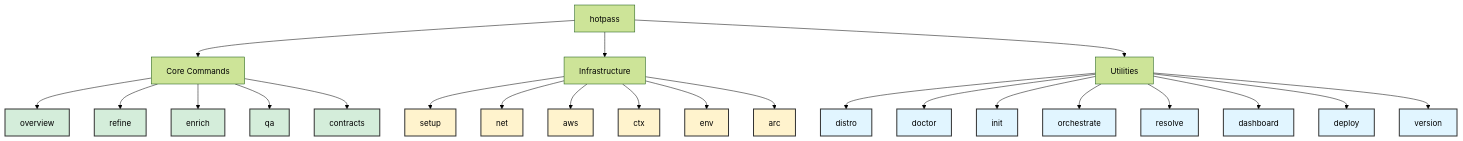
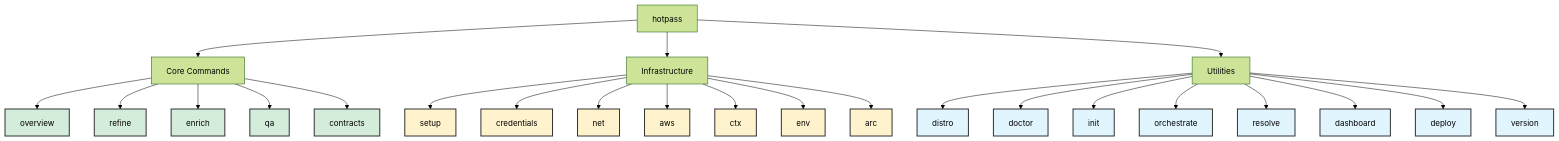
The diagram in docs/reference/cli.md (IAmJonoBo/Hotpass-Win64), drawn with Mermaid (forest theme) before and after one commit. The commit also changed other lines of this file and 17 other files, not shown here.

````diff
--- a/docs/reference/cli.md
+++ b/docs/reference/cli.md
@@ -105,38 +111,39 @@
 ```{mermaid}
 graph TD
     Root[hotpass]
 
     Root --> Core[Core Commands]
     Root --> Infra[Infrastructure]
     Root --> Utils[Utilities]
 
     Core --> Overview[overview]
     Core --> Refine[refine]
     Core --> Enrich[enrich]
     Core --> QA[qa]
     Core --> Contracts[contracts]
 
     Infra --> Setup[setup]
+    Infra --> Credentials[credentials]
     Infra --> Net[net]
     Infra --> AWS[aws]
     Infra --> Ctx[ctx]
     Infra --> Env[env]
     Infra --> Arc[arc]
 
     Utils --> Distro[distro]
     Utils --> Doctor[doctor]
     Utils --> Init[init]
     Utils --> Orchestrate[orchestrate]
     Utils --> Resolve[resolve]
     Utils --> Dashboard[dashboard]
     Utils --> Deploy[deploy]
     Utils --> Version[version]
 
     classDef core fill:#d4edda,stroke:#333,stroke-width:2px
     classDef infra fill:#fff3cd,stroke:#333,stroke-width:2px
     classDef util fill:#e1f5ff,stroke:#333,stroke-width:2px
 
     class Overview,Refine,Enrich,QA,Contracts core
-    class Setup,Net,AWS,Ctx,Env,Arc infra
+    class Setup,Credentials,Net,AWS,Ctx,Env,Arc infra
     class Distro,Doctor,Init,Orchestrate,Resolve,Dashboard,Deploy,Version util
 ```
````
